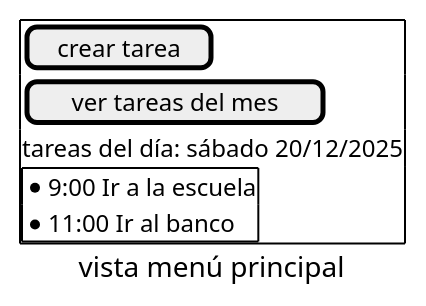
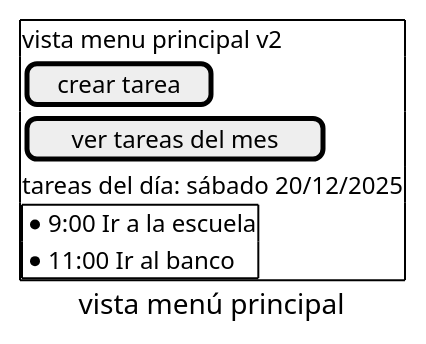
Before and after one commit to esteban4321duran/app-tareas-v1-docs: the diagram in crear-tarea/gui-mockups/inicio.pu, drawn with PlantUML.

Commit message:
test change

```diff
--- a/crear-tarea/gui-mockups/inicio.pu
+++ b/crear-tarea/gui-mockups/inicio.pu
@@ -1,17 +1,18 @@
 @startsalt
 caption vista menú principal 
 {
     {+
+        vista menu principal v2
         [crear tarea]
         [ver tareas del mes]
 
         tareas del día: sábado 20/12/2025
 
         {+
             * 9:00 Ir a la escuela
             * 11:00 Ir al banco
         }
 
     }
 }
 @endsalt
```
